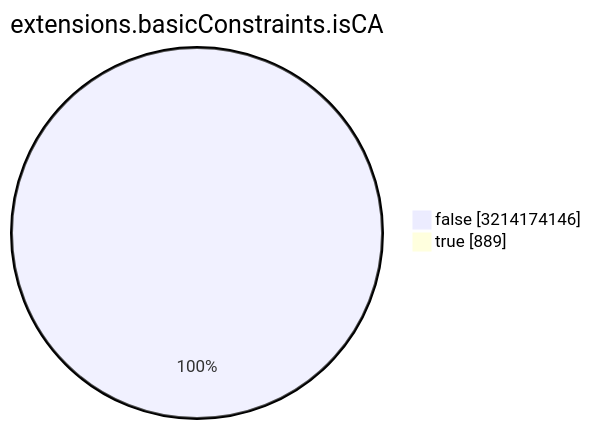
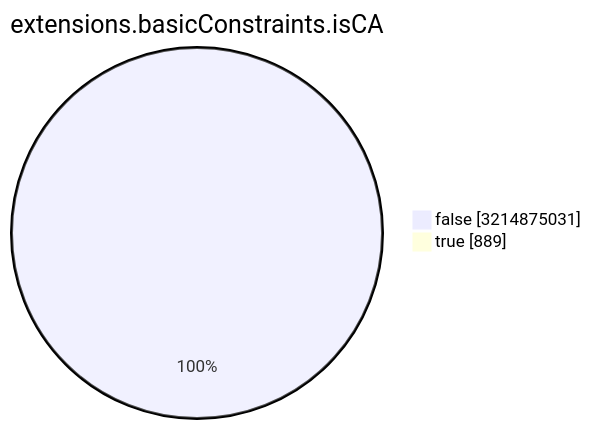
The seventh of 15 diagrams in TOTAL/README.md (christiankrug/ctmonitor_visualization), drawn with Mermaid before and after one commit. The commit also changed other lines of this file, not shown here.

````diff
--- a/TOTAL/README.md
+++ b/TOTAL/README.md
@@ -3088,6 +3088,6 @@
 ```mermaid
 pie showData
 title extensions.basicConstraints.isCA
-"false" :3214174146
+"false" :3214875031
 "true" :889
 ```
````
